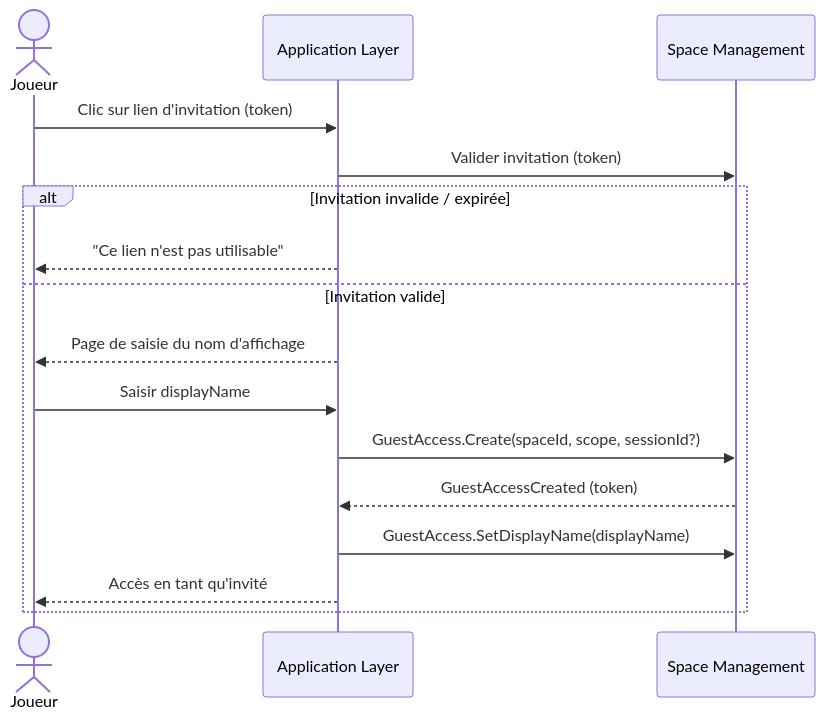
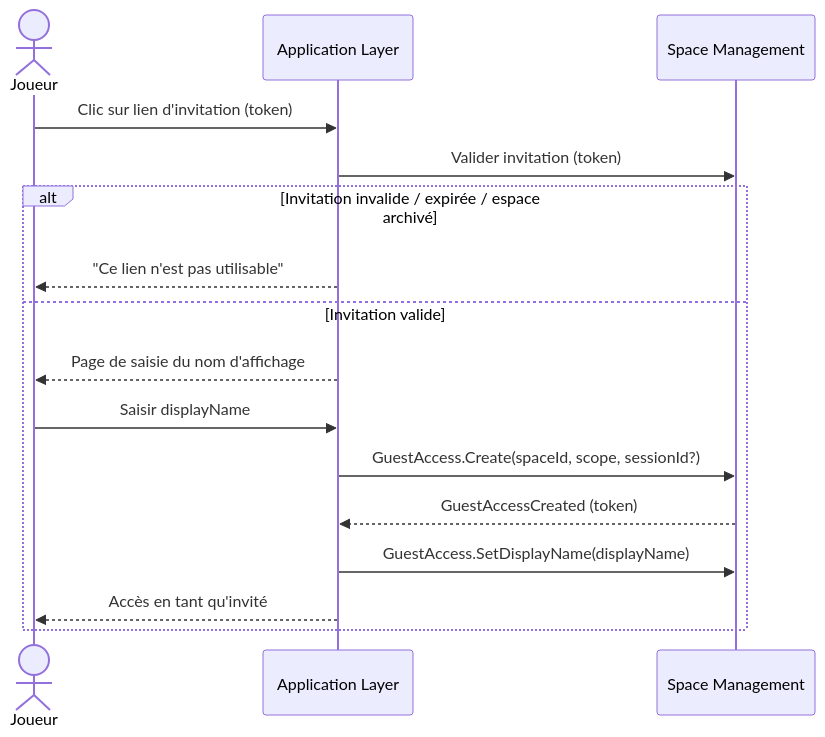
The fourth of 7 diagrams in docs/domaine/space-management/flows.md (2025-10-CDA-ECO-P6/PM-micro-saas), drawn with Mermaid before and after one commit. The commit also changed other lines of this file and 113 other files, not shown here.

````diff
--- a/docs/domaine/space-management/flows.md
+++ b/docs/domaine/space-management/flows.md
@@ -66,19 +66,19 @@
 ```mermaid
 sequenceDiagram
     actor Joueur
     participant App as Application Layer
     participant SM as Space Management
 
     Joueur->>App: Clic sur lien d'invitation (token)
     App->>SM: Valider invitation (token)
-    alt Invitation invalide / expirée
+    alt Invitation invalide / expirée / espace archivé
         App-->>Joueur: "Ce lien n'est pas utilisable"
     else Invitation valide
         App-->>Joueur: Page de saisie du nom d'affichage
         Joueur->>App: Saisir displayName
         App->>SM: GuestAccess.Create(spaceId, scope, sessionId?)
         SM-->>App: GuestAccessCreated (token)
         App->>SM: GuestAccess.SetDisplayName(displayName)
         App-->>Joueur: Accès en tant qu'invité
     end
 ```
````
